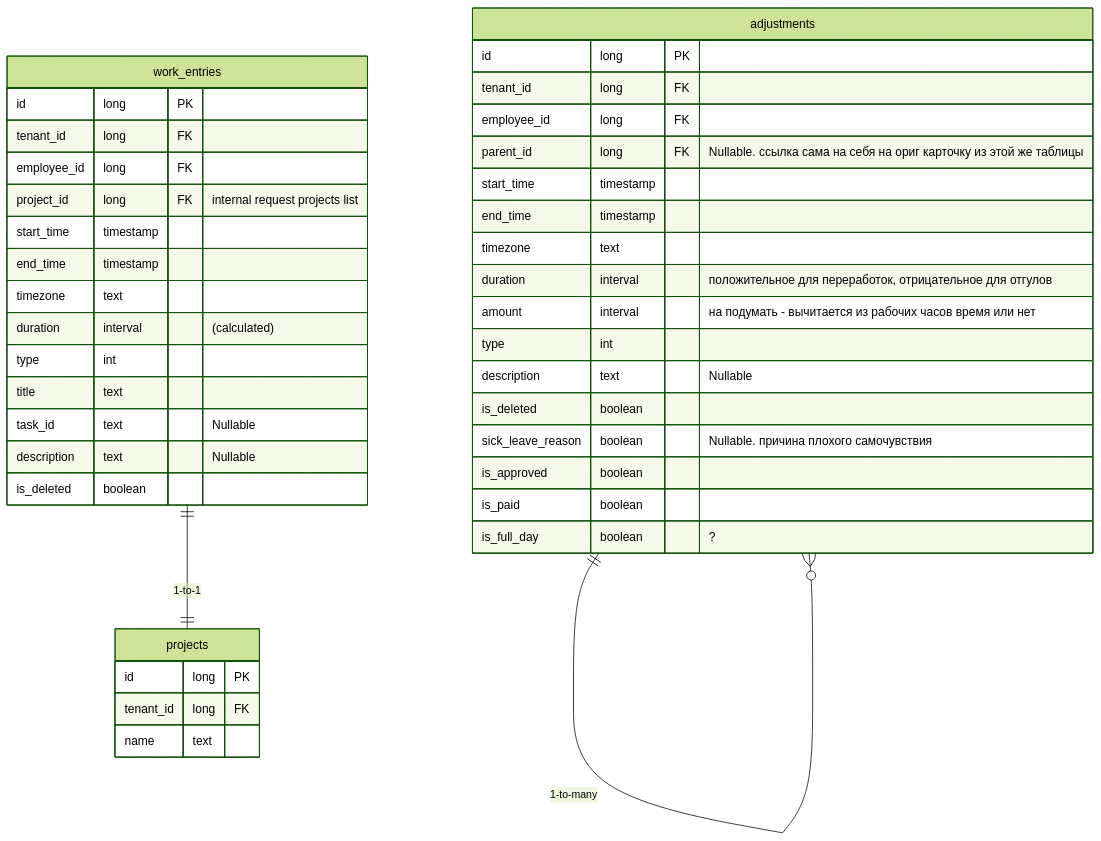
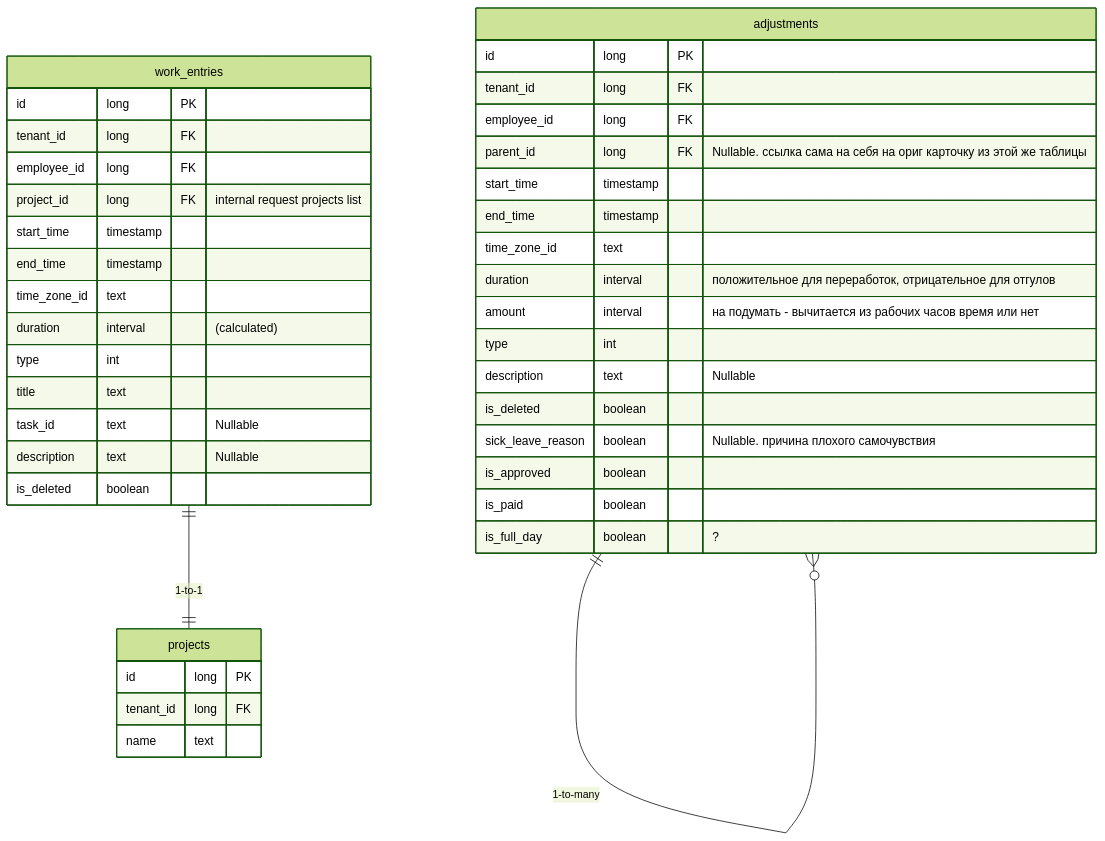
One commit to TourmalineCore/inner-circle-documentation changed the diagram in time-tracker/2025-11-20-backend-strategy.md. Above: the diagram before and after it, drawn with Mermaid (forest theme).

Commit message:
chore: rename timezome to time_zone_id

````diff
--- a/time-tracker/2025-11-20-backend-strategy.md
+++ b/time-tracker/2025-11-20-backend-strategy.md
@@ -61,43 +61,43 @@
 ```mermaid
 erDiagram
     work_entries ||--|| projects : "1-to-1"
     adjustments ||--o{ adjustments : "1-to-many"
     work_entries {
       id long PK
       tenant_id long FK
       employee_id long FK
       project_id long FK "internal request projects list"
       start_time timestamp
       end_time timestamp
-      timezone text
+      time_zone_id text
       duration interval "(calculated)"
       type int
       title text
       task_id text "Nullable"
       description text "Nullable"
       is_deleted boolean
     }
     projects {
       id long PK
       tenant_id long FK
       name text
     }
     adjustments {
       id long PK
       tenant_id long FK
       employee_id long FK
       parent_id long FK "Nullable. ссылка сама на себя на ориг карточку из этой же таблицы"
       start_time timestamp
       end_time timestamp
-      timezone text
+      time_zone_id text
       duration interval "положительное для переработок, отрицательное для отгулов"
       amount interval "на подумать - вычитается из рабочих часов время или нет"
       type int
       description text "Nullable"
       is_deleted boolean
       sick_leave_reason boolean "Nullable. причина плохого самочувствия"
       is_approved boolean
       is_paid boolean
       is_full_day boolean "?"
     }
 ```
````
